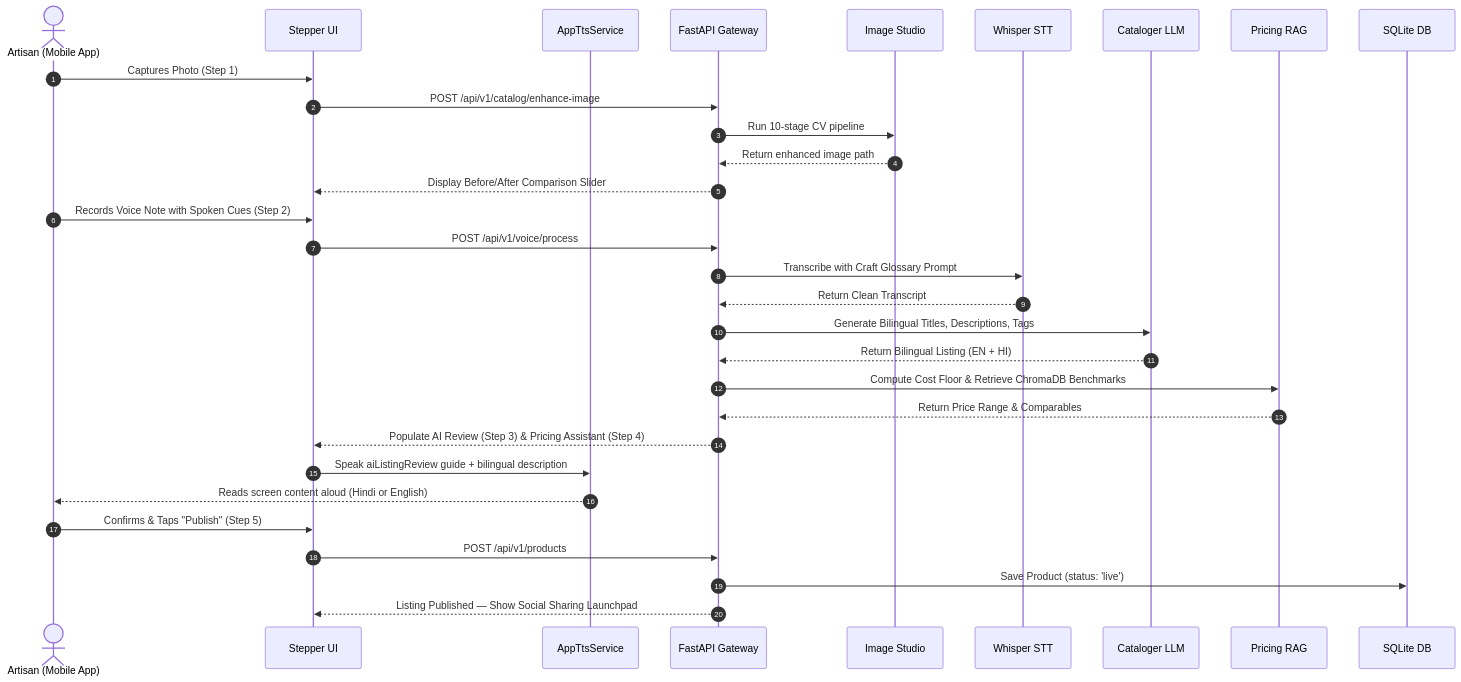
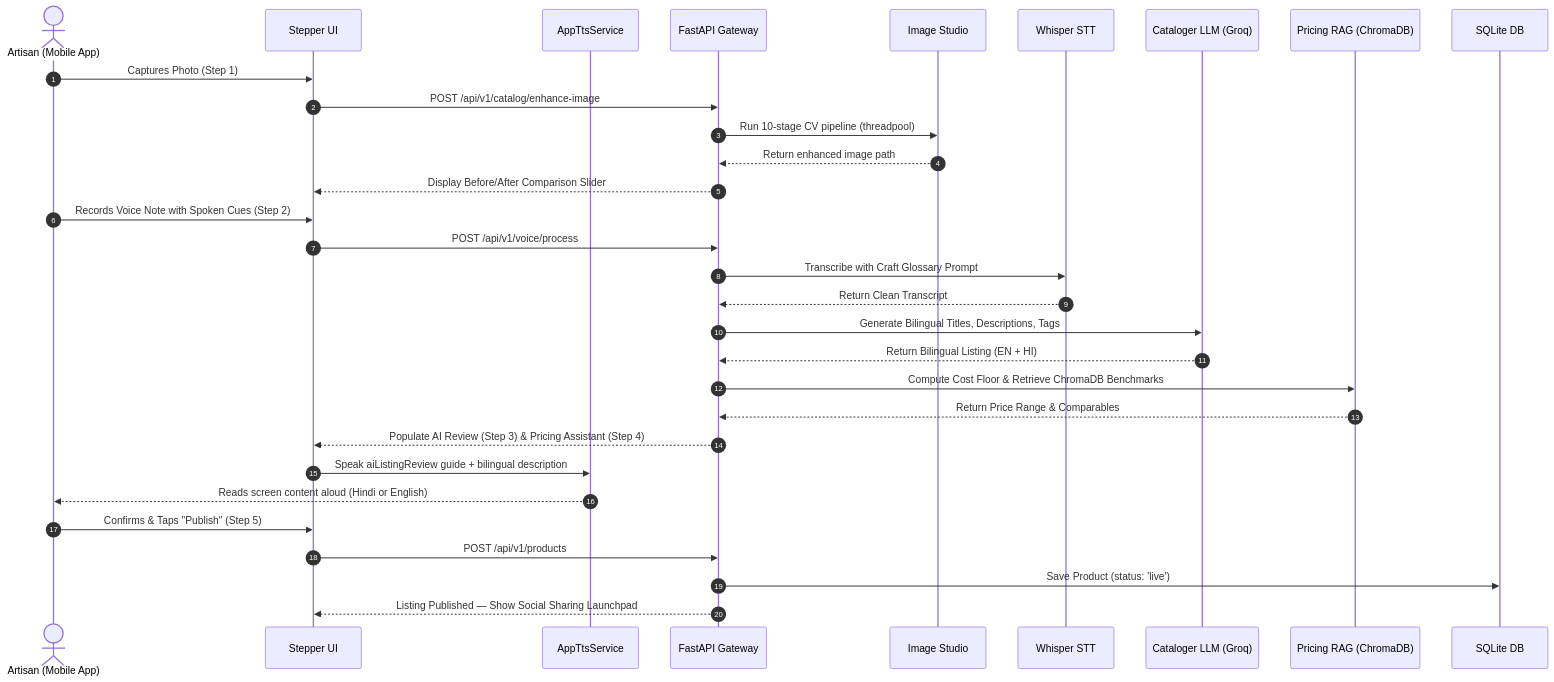
The ninth of 10 diagrams in docs/ARCHITECTURE.md (kan9667/kalasetu), drawn with Mermaid before and after one commit. The commit also changed other lines of this file and 1 other file, not shown here.

First line of the commit message:
docs: consolidate ARCHITECTURE.md as single source of truth

````diff
--- a/docs/ARCHITECTURE.md
+++ b/docs/ARCHITECTURE.md
@@ -556,36 +1112,36 @@
 ```mermaid
 sequenceDiagram
     autonumber
     actor Artisan as Artisan (Mobile App)
     participant UI as Stepper UI
     participant TTS as AppTtsService
     participant Gateway as FastAPI Gateway
     participant CV as Image Studio
     participant Whisper as Whisper STT
-    participant LLM as Cataloger LLM
-    participant RAG as Pricing RAG
+    participant LLM as Cataloger LLM (Groq)
+    participant RAG as Pricing RAG (ChromaDB)
     participant DB as SQLite DB
 
     Artisan->>UI: Captures Photo (Step 1)
     UI->>Gateway: POST /api/v1/catalog/enhance-image
-    Gateway->>CV: Run 10-stage CV pipeline
+    Gateway->>CV: Run 10-stage CV pipeline (threadpool)
     CV-->>Gateway: Return enhanced image path
     Gateway-->>UI: Display Before/After Comparison Slider
 
     Artisan->>UI: Records Voice Note with Spoken Cues (Step 2)
     UI->>Gateway: POST /api/v1/voice/process
     Gateway->>Whisper: Transcribe with Craft Glossary Prompt
     Whisper-->>Gateway: Return Clean Transcript
     Gateway->>LLM: Generate Bilingual Titles, Descriptions, Tags
     LLM-->>Gateway: Return Bilingual Listing (EN + HI)
     Gateway->>RAG: Compute Cost Floor & Retrieve ChromaDB Benchmarks
     RAG-->>Gateway: Return Price Range & Comparables
     Gateway-->>UI: Populate AI Review (Step 3) & Pricing Assistant (Step 4)
 
     UI->>TTS: Speak aiListingReview guide + bilingual description
     TTS-->>Artisan: Reads screen content aloud (Hindi or English)
     Artisan->>UI: Confirms & Taps "Publish" (Step 5)
     UI->>Gateway: POST /api/v1/products
     Gateway->>DB: Save Product (status: 'live')
     Gateway-->>UI: Listing Published — Show Social Sharing Launchpad
 ```
````
